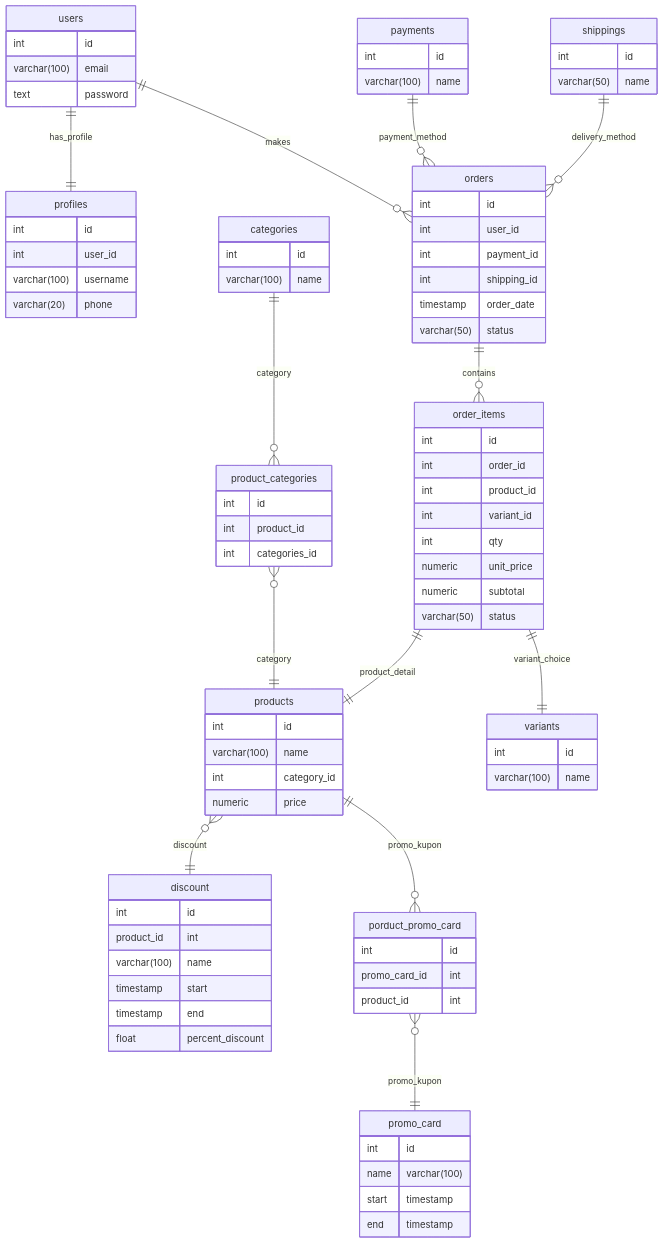
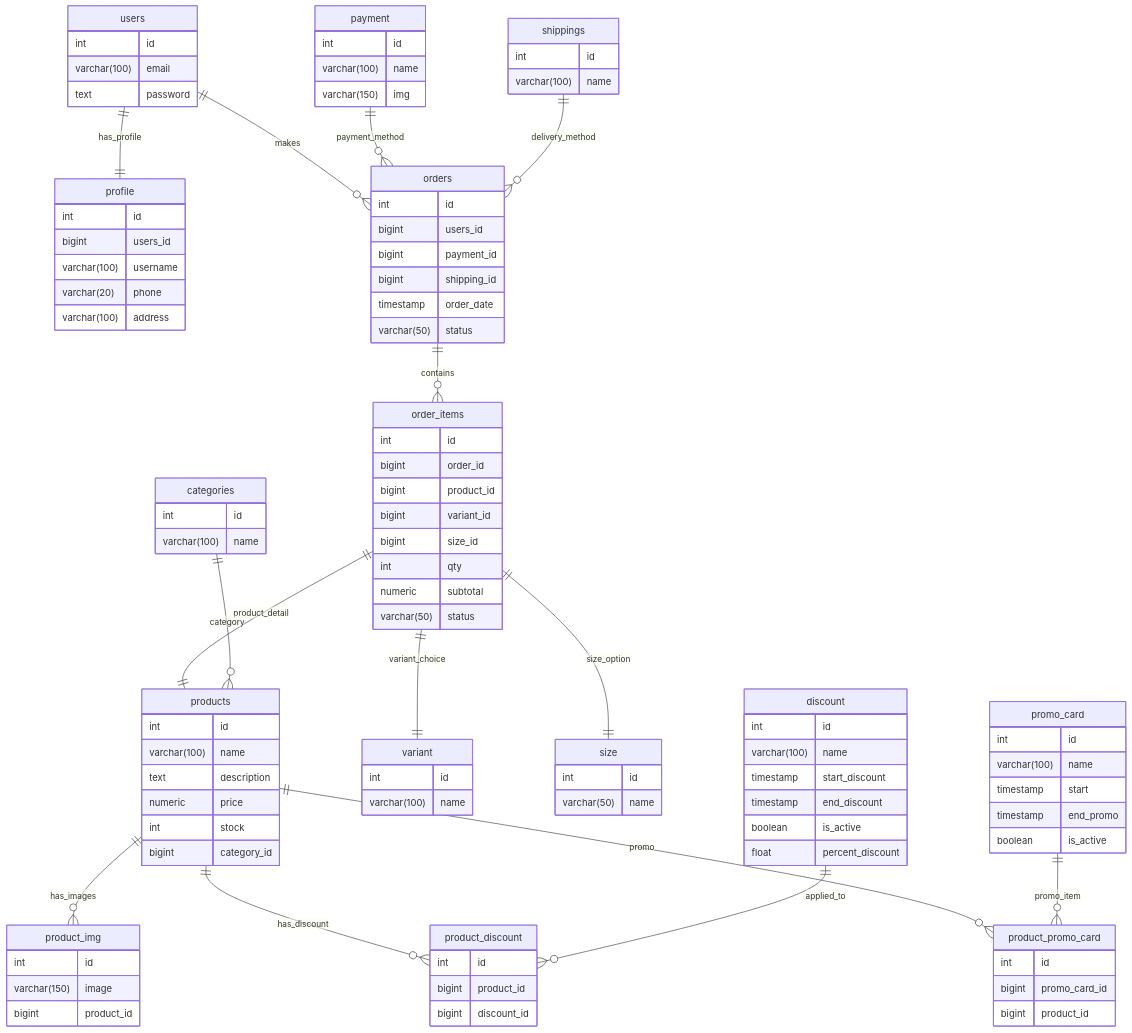
Before and after one commit to abdullah-fikri/koda-b4-db-weekly: the diagram in README.md, drawn with Mermaid.

Commit message:
feat: added  column address in table profiles, added table payment, shippings, update orders, orders_items

````diff
--- a/README.md
+++ b/README.md
@@ -7,11 +7,43 @@
 text password
 }
 
-profiles {
+profile {
 int id
-int user_id
+bigint users_id
 varchar(100) username
 varchar(20) phone
+varchar(100) address
+}
+
+payment {
+int id
+varchar(100) name
+varchar(150) img
+}
+
+shippings {
+int id
+varchar(100) name
+}
+
+orders {
+int id
+bigint users_id
+bigint payment_id
+bigint shipping_id
+timestamp order_date
+varchar(50) status
+}
+
+order_items {
+int id
+bigint order_id
+bigint product_id
+bigint variant_id
+bigint size_id
+int qty
+numeric subtotal
+varchar(50) status
 }
 
 categories {
@@ -19,88 +51,73 @@
 varchar(100) name
 }
 
-product_categories {
+products {
 int id
-int product_id
-int categories_id
+varchar(100) name
+text description
+numeric price
+int stock
+bigint category_id
+}
+
+variant {
+int id
+varchar(100) name
+}
+
+size {
+int id
+varchar(50) name
 }
 
 discount {
 int id
-product_id int
 varchar(100) name
-timestamp start
-timestamp end
+timestamp start_discount
+timestamp end_discount
+boolean is_active
 float percent_discount
 }
 
-
-products {
+product_discount {
 int id
-varchar(100) name
-int category_id
-numeric price
+bigint product_id
+bigint discount_id
 }
 
-variants {
+product_img {
 int id
-varchar(100) name
-}
-
-payments {
-int id
-varchar(100) name
-}
-
-shippings {
-int id
-varchar(50) name
-}
-
-orders {
-int id
-int user_id
-int payment_id
-int shipping_id
-timestamp order_date
-varchar(50) status
-}
-
-order_items {
-int id
-int order_id
-int product_id
-int variant_id
-int qty
-numeric unit_price
-numeric subtotal
-varchar(50) status
+varchar(150) image
+bigint product_id
 }
 
 promo_card {
-    int id
-    name varchar(100)
-    start timestamp
-    end timestamp
+int id
+varchar(100) name
+timestamp start
+timestamp end_promo
+boolean is_active
 }
 
-porduct_promo_card {
-    int id
-    promo_card_id int
-    product_id int
+product_promo_card {
+int id
+bigint promo_card_id
+bigint product_id
 }
 
-users ||--|| profiles : has_profile
+users ||--|| profile : has_profile
 users ||--o{ orders : makes
 orders ||--o{ order_items : contains
 order_items ||--|| products : product_detail
-order_items ||--|| variants : variant_choice
-payments ||--o{ orders : payment_method
+order_items ||--|| variant : variant_choice
+order_items ||--|| size : size_option
+payment ||--o{ orders : payment_method
 shippings ||--o{ orders : delivery_method
 
-products }o--|| discount : discount
-categories ||--o{ product_categories : category
-product_categories }o--|| products : category
-products ||--o{ porduct_promo_card : promo_kupon
-porduct_promo_card }o--|| promo_card : promo_kupon
+categories ||--o{ products : category
+products ||--o{ product_img : has_images
+products ||--o{ product_discount : has_discount
+discount ||--o{ product_discount : applied_to
+products ||--o{ product_promo_card : promo
+promo_card ||--o{ product_promo_card : promo_item
 ```
````
